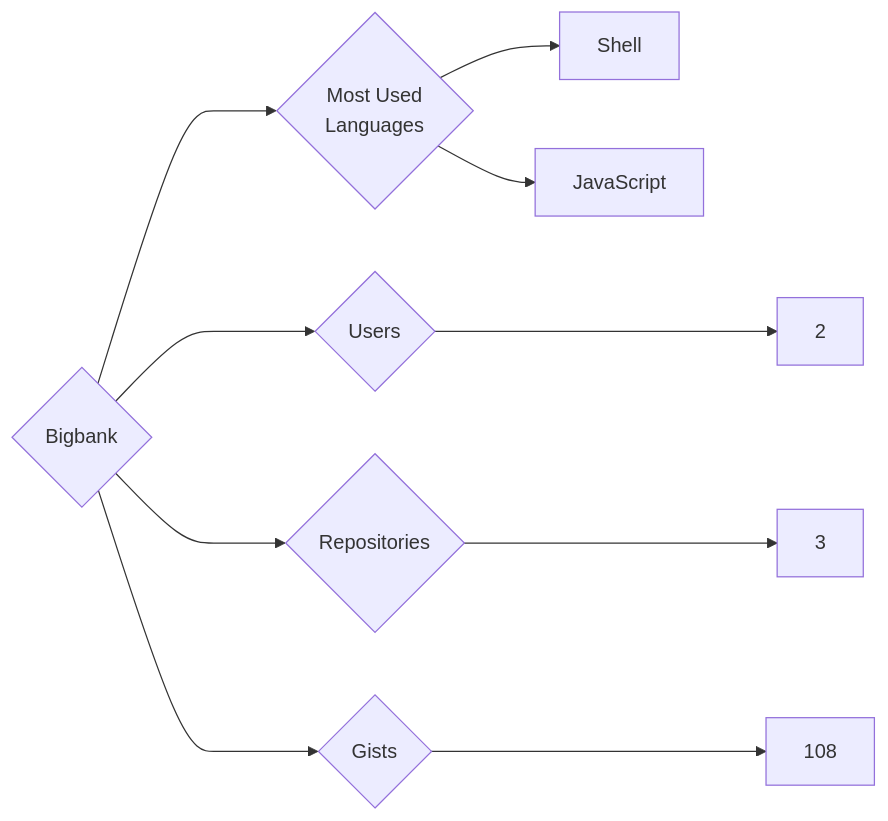
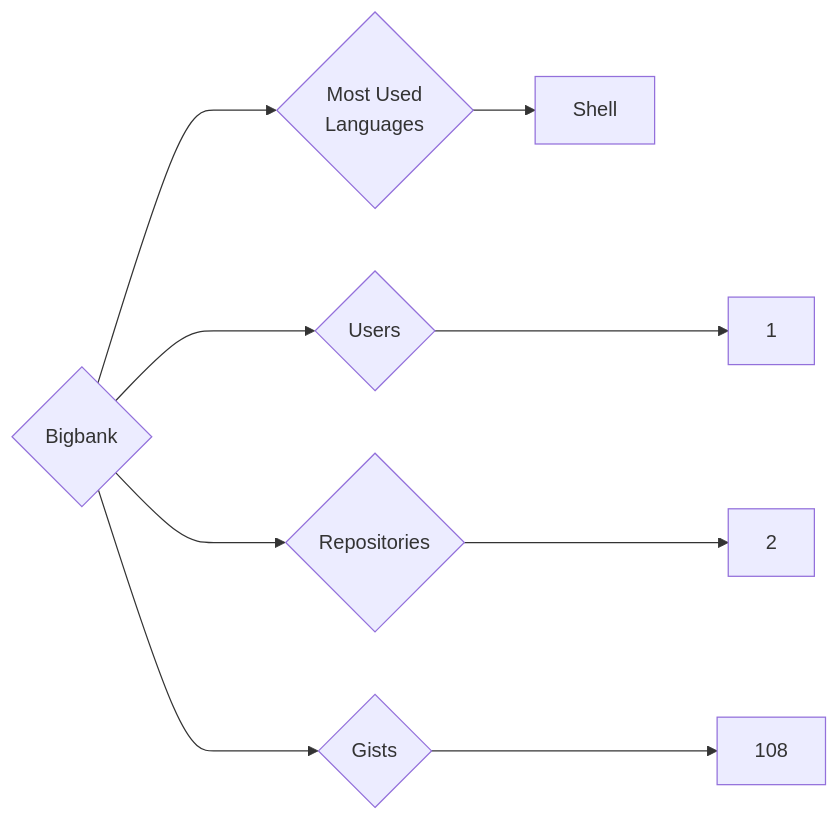
One commit to trickest/insiders changed the diagram in targets/Bigbank/README.md. Above: the diagram before and after it, drawn with Mermaid. The commit also changed 636 other files, not shown here.

````diff
--- a/targets/Bigbank/README.md
+++ b/targets/Bigbank/README.md
@@ -3,10 +3,9 @@
 ```mermaid
 graph LR
 COMPANY_NAME{Bigbank}
-COMPANY_NAME ---> U{Users} ---> UN[2]
-COMPANY_NAME ---> R{Repositories} ---> RN[3]
+COMPANY_NAME ---> U{Users} ---> UN[1]
+COMPANY_NAME ---> R{Repositories} ---> RN[2]
 COMPANY_NAME ---> G{Gists} ---> GN[108]
 COMPANY_NAME ---> ML{Most Used<br>Languages}
 ML --> Shell[Shell]
-ML --> JavaScript[JavaScript]
 ```
````
